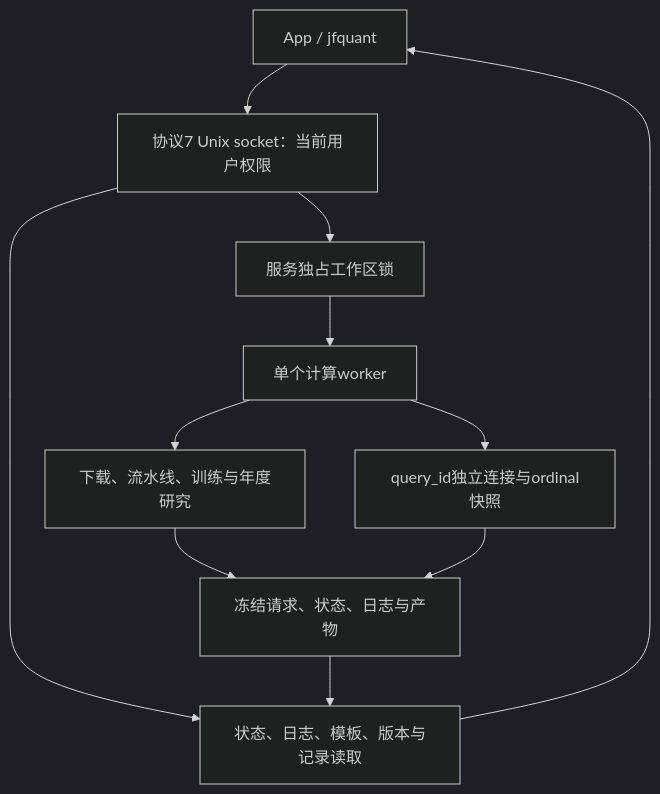
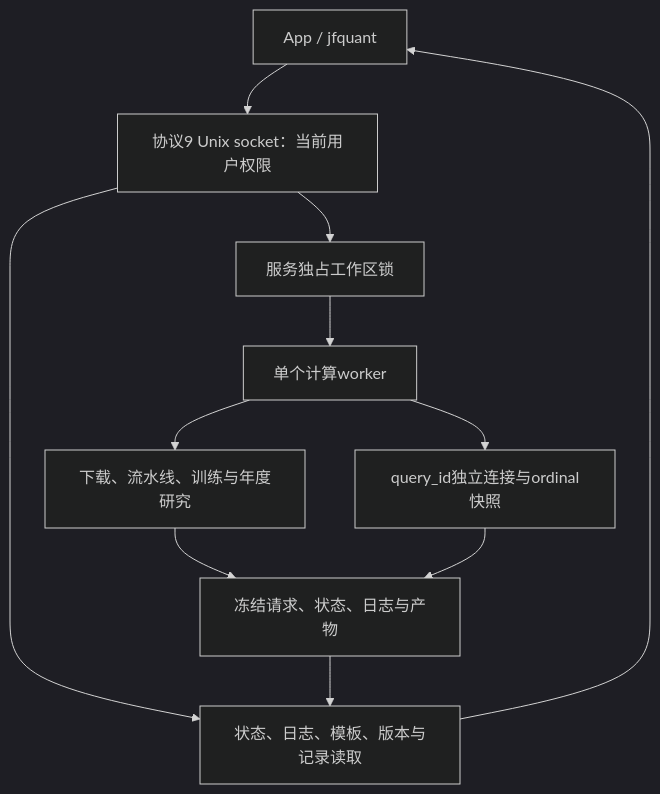
Before and after one commit to Dennishaha/JFQuant: the second of 5 diagrams in crates/workflow/src/README.md, drawn with Mermaid (dark theme). The commit also changed other lines of this file and 71 other files, not shown here.

````diff
--- a/crates/workflow/src/README.md
+++ b/crates/workflow/src/README.md
@@ -42,13 +42,13 @@
 ```mermaid
 flowchart TD
-  CLIENT["App / jfquant"] --> RPC["协议7 Unix socket：当前用户权限"]
+  CLIENT["App / jfquant"] --> RPC["协议9 Unix socket：当前用户权限"]
   RPC --> LOCK["服务独占工作区锁"]
   RPC --> CONTROL["状态、日志、模板、版本与记录读取"]
   LOCK --> WORKER["单个计算worker"]
   WORKER --> QUERY["query_id独立连接与ordinal快照"]
   WORKER --> PIPE["下载、流水线、训练与年度研究"]
   PIPE --> DISK["冻结请求、状态、日志与产物"]
   QUERY --> DISK
   DISK --> CONTROL
   CONTROL --> CLIENT
 ```
````
